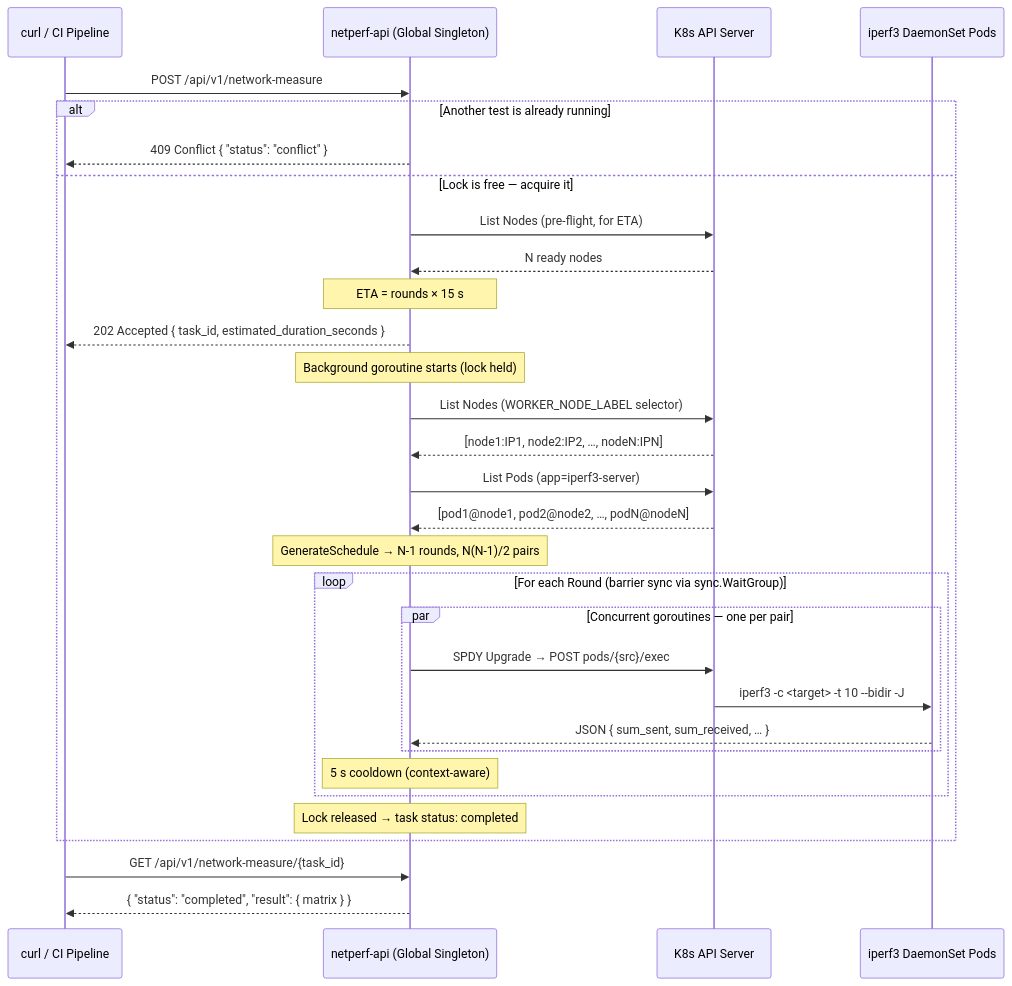
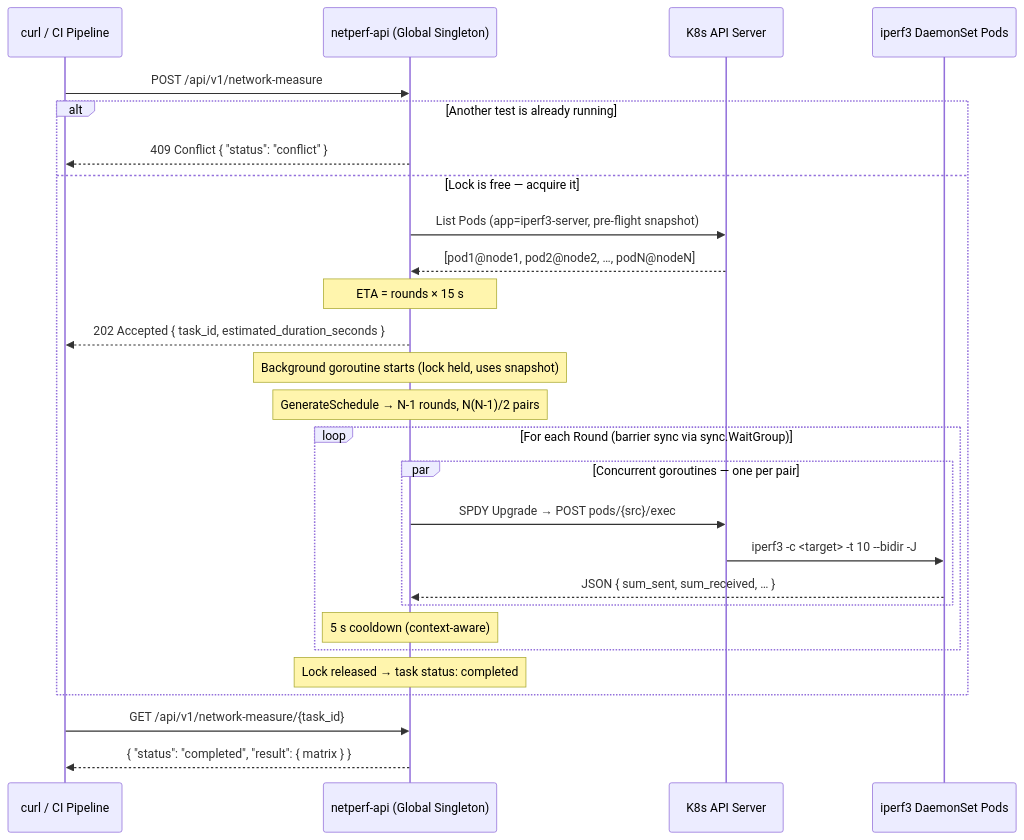
One commit to loiht2/netperf-api changed the diagram in README.md. Above: the diagram before and after it, drawn with Mermaid. The commit also changed other lines of this file and 9 other files, not shown here.

First line of the commit message:
fix: data race, stale comments, WORKER_NODE_LABEL drift, and audit fixes

````diff
--- a/README.md
+++ b/README.md
@@ -11,41 +11,36 @@
 ```mermaid
 sequenceDiagram
     participant CLI  as curl / CI Pipeline
     participant API  as netperf-api (Global Singleton)
     participant K8s  as K8s API Server
     participant DS   as iperf3 DaemonSet Pods
 
     CLI  ->>  API : POST /api/v1/network-measure
 
     alt Another test is already running
         API  -->> CLI : 409 Conflict  { "status": "conflict" }
     else Lock is free — acquire it
-        API  ->>  K8s : List Nodes  (pre-flight, for ETA)
-        K8s  -->> API : N ready nodes
+        API  ->>  K8s : List Pods  (app=iperf3-server, pre-flight snapshot)
+        K8s  -->> API : [pod1@node1, pod2@node2, …, podN@nodeN]
         Note over API: ETA = rounds × 15 s
         API  -->> CLI : 202 Accepted  { task_id, estimated_duration_seconds }
 
-        Note over API: Background goroutine starts (lock held)
-
-        API  ->>  K8s : List Nodes  (WORKER_NODE_LABEL selector)
-        K8s  -->> API : [node1:IP1, node2:IP2, …, nodeN:IPN]
-        API  ->>  K8s : List Pods   (app=iperf3-server)
-        K8s  -->> API : [pod1@node1, pod2@node2, …, podN@nodeN]
+        Note over API: Background goroutine starts (lock held, uses snapshot)
 
         Note over API: GenerateSchedule → N-1 rounds, N(N-1)/2 pairs
 
         loop For each Round  (barrier sync via sync.WaitGroup)
             par Concurrent goroutines — one per pair
                 API  ->>  K8s : SPDY Upgrade → POST pods/{src}/exec
                 K8s  ->>  DS  : iperf3 -c <target> -t 10 --bidir -J
                 DS   -->> API : JSON  { sum_sent, sum_received, … }
             end
             Note over API: 5 s cooldown (context-aware)
         end
 
         Note over API: Lock released  →  task status: completed
     end
 
     CLI  ->>  API : GET /api/v1/network-measure/{task_id}
     API  -->> CLI : { "status": "completed", "result": { matrix } }
 ```
````
